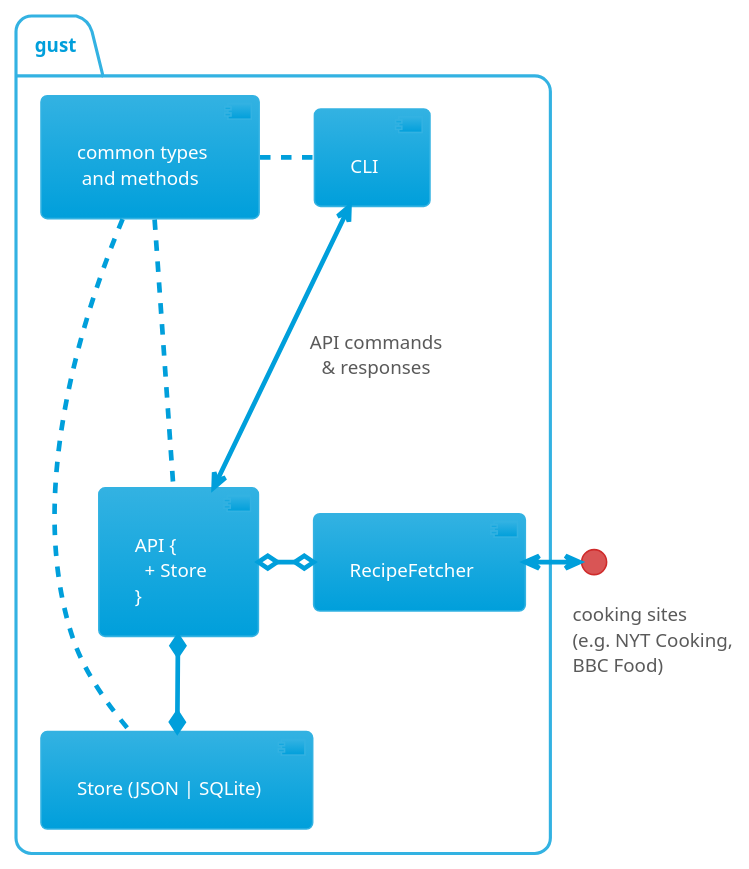
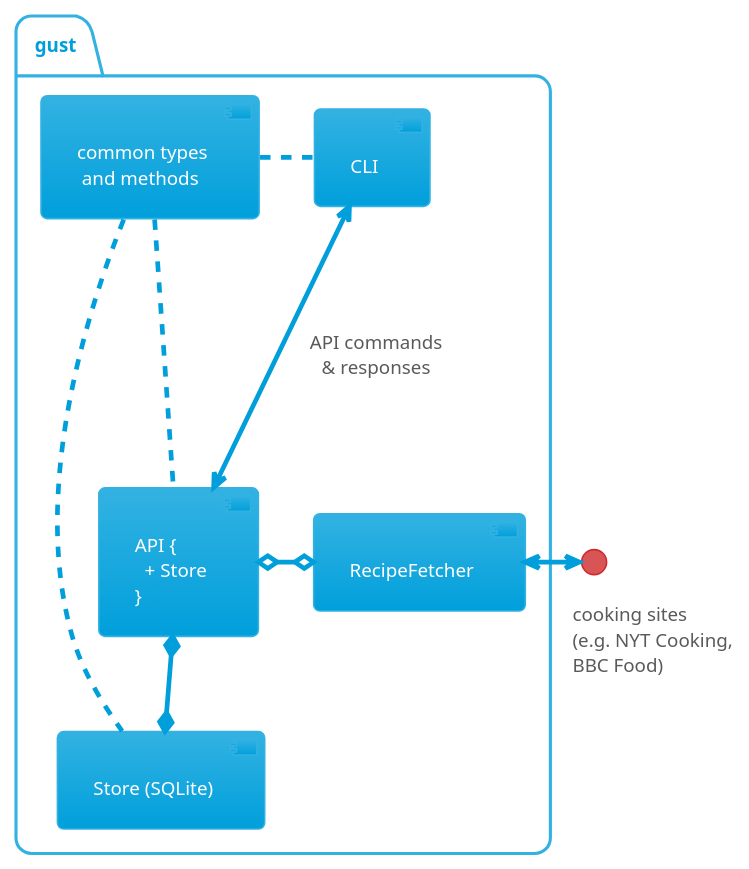
The diagram in docs/diagrams/design.puml (suchapalaver/gust), drawn with PlantUML before and after one commit. The commit also changed 26 other files, not shown here.

First line of the commit message:
feat: replace JSON store with support for importing from files

```diff
--- a/docs/diagrams/design.puml
+++ b/docs/diagrams/design.puml
@@ -1,17 +1,17 @@
 @startuml design
 
 !theme bluegray
 skinparam classFontColor darkSlateGray
 
 package "gust" {
-  [API {\n  + Store\n}] *-down-* [Store (JSON | SQLite)]
+  [API {\n  + Store\n}] *-down-* [Store (SQLite)]
   [CLI] <---> [API {\n  + Store\n}] : API commands\n& responses
   [common types\n and methods] .right. [API {\n  + Store\n}]
   [common types\n and methods] .right. [CLI]
-  [common types\n and methods] .right. [Store (JSON | SQLite)]
+  [common types\n and methods] .right. [Store (SQLite)]
   [API {\n  + Store\n}] o-right-o [RecipeFetcher]
 }
 interface "\t\t\tcooking sites\n\t\t\t(e.g. NYT Cooking,\n\t\t\tBBC Food)" as ext
 [RecipeFetcher] <--right--> ext
 
 @enduml
```
